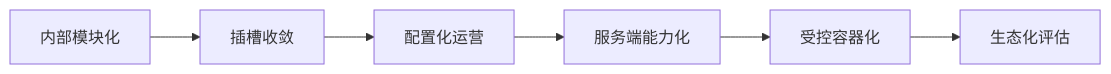
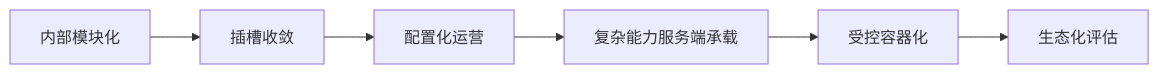
One commit to XiaoYang1127/dev-doc changed the seventh of 7 diagrams in job/mod/mobile-plugin-modularization.md. Above: the diagram before and after it, drawn with Mermaid. The commit also changed other lines of this file and 5 other files, not shown here.

````diff
--- a/job/mod/mobile-plugin-modularization.md
+++ b/job/mod/mobile-plugin-modularization.md
@@ -431,8 +433,8 @@
 ```mermaid
 flowchart LR
     A[内部模块化] --> B[插槽收敛]
     B --> C[配置化运营]
-    C --> D[服务端能力化]
+    C --> D[复杂能力服务端承载]
     D --> E[受控容器化]
     E --> F[生态化评估]
 ```
````
